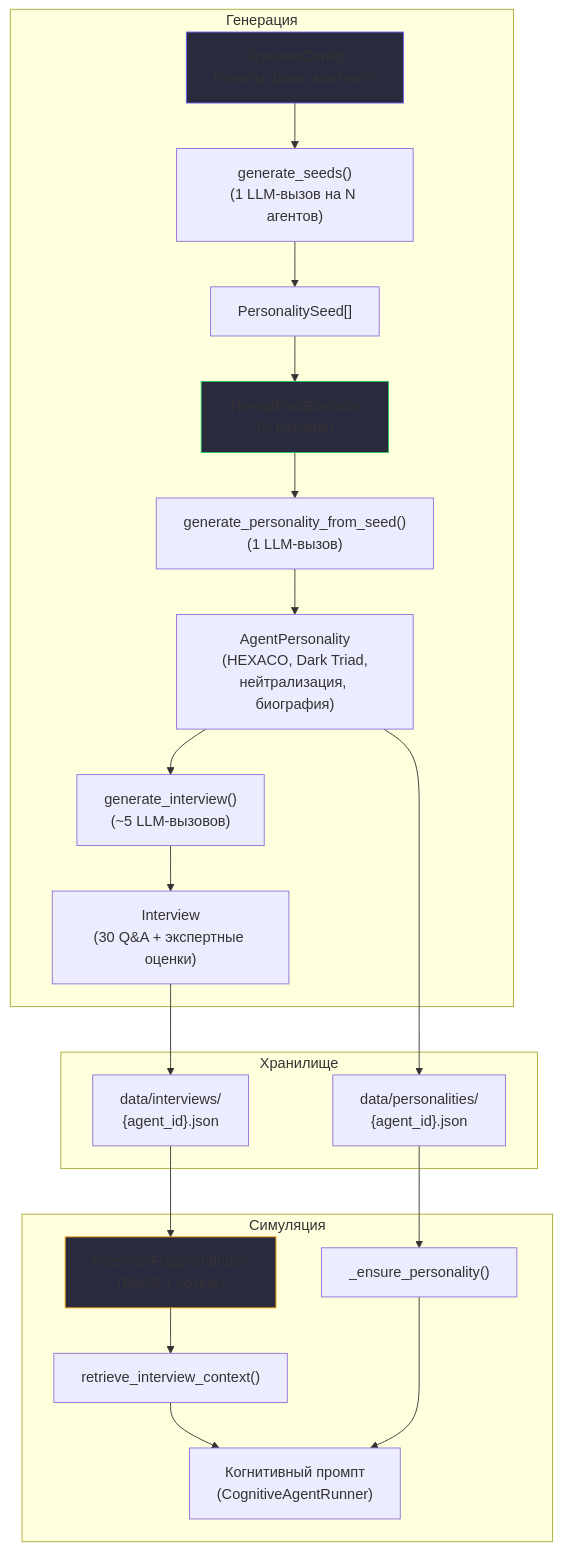
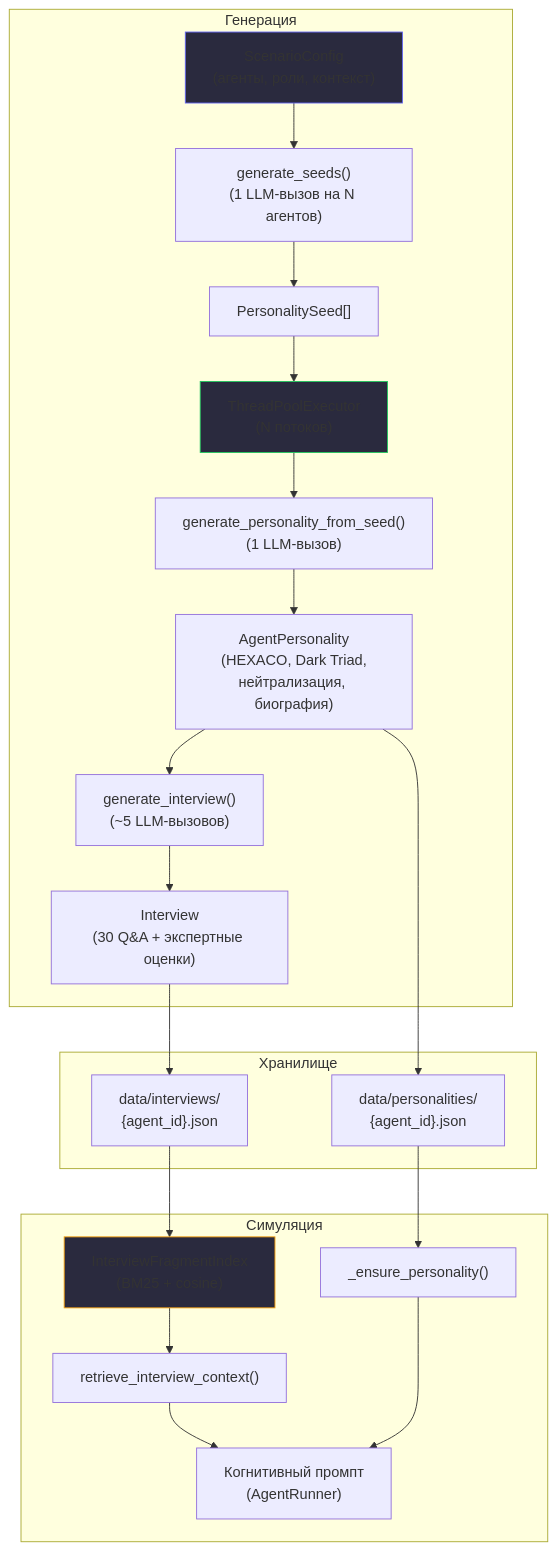
Before and after one commit to gliseop/SPHERE: the diagram in docs/persona_interview_design.md, drawn with Mermaid. The commit also changed 9 other files, not shown here.

````diff
--- a/docs/persona_interview_design.md
+++ b/docs/persona_interview_design.md
@@ -27,29 +27,29 @@
 ```mermaid
 flowchart TD
     subgraph Генерация
         A["ScenarioConfig<br/>(агенты, роли, контекст)"] --> B["generate_seeds()<br/>(1 LLM-вызов на N агентов)"]
         B --> C["PersonalitySeed[]"]
         C --> D["ThreadPoolExecutor<br/>(N потоков)"]
         D --> E["generate_personality_from_seed()<br/>(1 LLM-вызов)"]
         E --> F["AgentPersonality<br/>(HEXACO, Dark Triad,<br/>нейтрализация, биография)"]
         F --> G["generate_interview()<br/>(~5 LLM-вызовов)"]
         G --> H["Interview<br/>(30 Q&A + экспертные оценки)"]
     end
 
     subgraph Хранилище
         F --> I["data/personalities/<br/>{agent_id}.json"]
         H --> J["data/interviews/<br/>{agent_id}.json"]
     end
 
     subgraph Симуляция
         J --> K["InterviewFragmentIndex<br/>(BM25 + cosine)"]
         K --> L["retrieve_interview_context()"]
-        L --> M["Когнитивный промпт<br/>(CognitiveAgentRunner)"]
+        L --> M["Когнитивный промпт<br/>(AgentRunner)"]
         I --> N["_ensure_personality()"]
         N --> M
     end
 
     style A fill:#2a2a3e,stroke:#6366f1
     style D fill:#2a2a3e,stroke:#22c55e
     style K fill:#2a2a3e,stroke:#f59e0b
 ```
````
